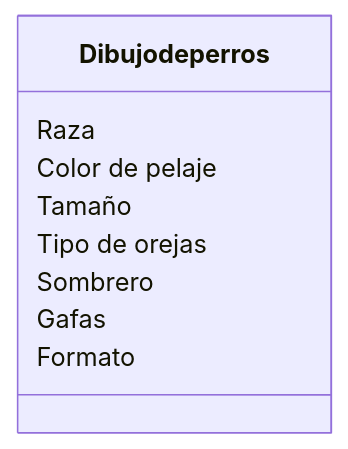
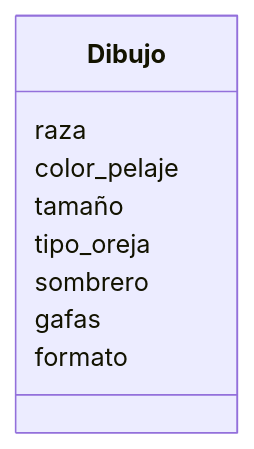
The diagram in retos_sesion_01/ejercicio_03.md (PatoAparicio/psg-oop-2025), drawn with Mermaid before and after one commit. The commit also changed other lines of this file and 2 other files, not shown here.

````diff
--- a/retos_sesion_01/ejercicio_03.md
+++ b/retos_sesion_01/ejercicio_03.md
@@ -44,12 +45,12 @@
 ```mermaid
 classDiagram
-class Dibujo de perros {
-    Raza
-    Color de pelaje
-    Tamaño
-    Tipo de orejas
-    Sombrero 
-    Gafas
-    Formato 
+class Dibujo {
+    raza
+    color_pelaje
+    tamaño
+    tipo_oreja
+    sombrero 
+    gafas
+    formato  
     }
 ```
````
